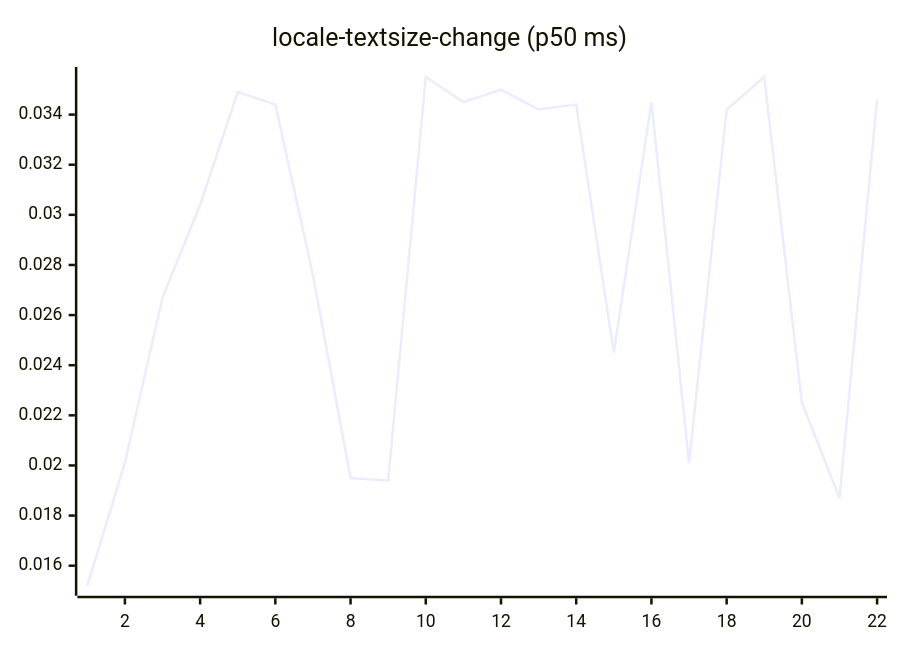
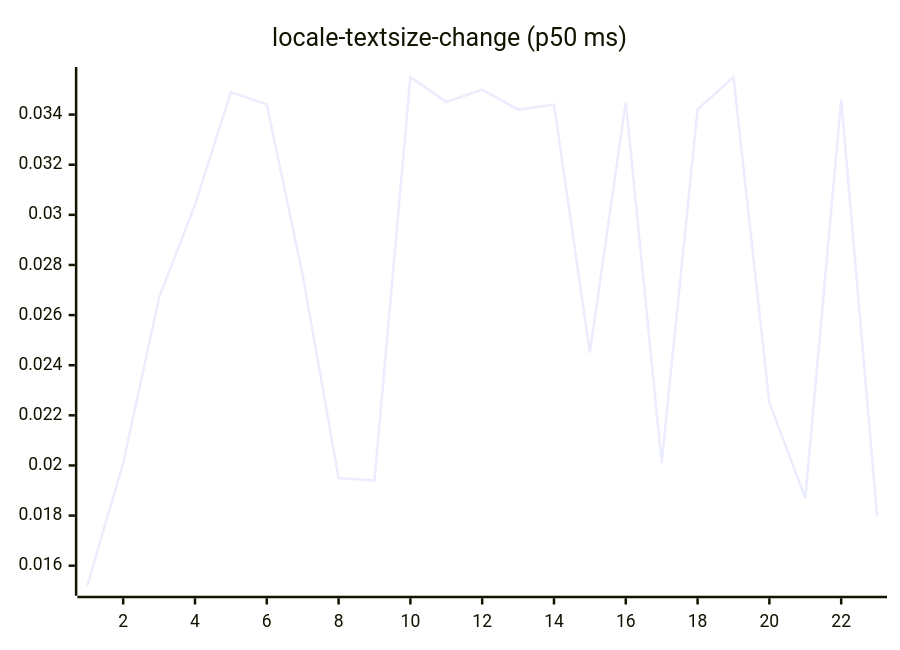
Before and after one commit to josha/Facet: diagram 13 of 27 in README.md, drawn with Mermaid. The commit also changed other lines of this file and 2 other files, not shown here.

````diff
--- a/README.md
+++ b/README.md
@@ -147,6 +147,6 @@
 ```mermaid
 xychart-beta
     title "locale-textsize-change (p50 ms)"
-    x-axis 1 --> 22
-    line [0.0152, 0.0201, 0.0267, 0.0304, 0.0349, 0.0344, 0.0276, 0.0195, 0.0194, 0.0355, 0.0345, 0.0350, 0.0342, 0.0344, 0.0245, 0.0345, 0.0201, 0.0342, 0.0355, 0.0225, 0.0187, 0.0346]
+    x-axis 1 --> 23
+    line [0.0152, 0.0201, 0.0267, 0.0304, 0.0349, 0.0344, 0.0276, 0.0195, 0.0194, 0.0355, 0.0345, 0.0350, 0.0342, 0.0344, 0.0245, 0.0345, 0.0201, 0.0342, 0.0355, 0.0225, 0.0187, 0.0346, 0.0180]
 ```
````
